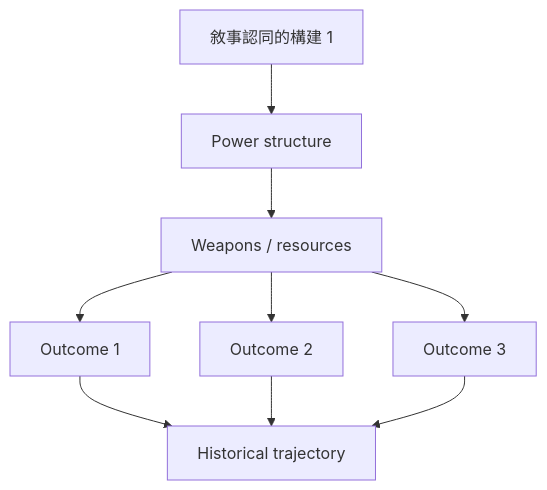
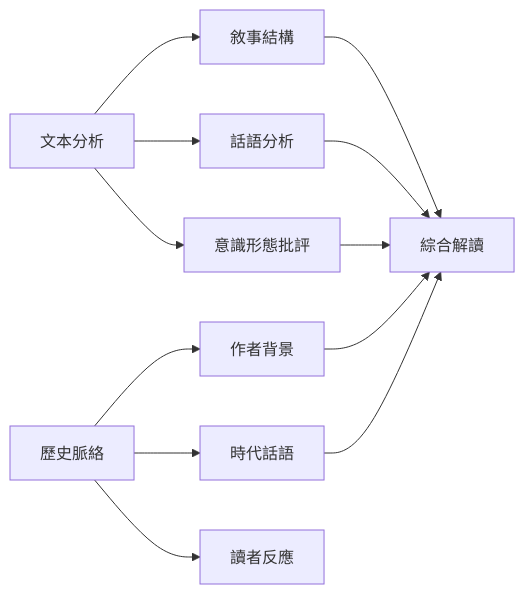
The second of 6 diagrams in 01_HKU_Courses/HIST2070_Stories_of_Self.md (yip-lgtm/HKU-Harvard-History-Self-Study), drawn with Mermaid before and after one commit. The commit also changed other lines of this file and 48 other files, not shown here.

````diff
--- a/01_HKU_Courses/HIST2070_Stories_of_Self.md
+++ b/01_HKU_Courses/HIST2070_Stories_of_Self.md
@@ -146,11 +113,16 @@
 ```mermaid
-graph TD
-    A[敘事認同的構建 1] --> B[Power structure]
-    B --> C[Weapons / resources]
-    C --> D[Outcome 1]
-    C --> E[Outcome 2]
-    C --> F[Outcome 3]
-    D --> G[Historical trajectory]
-    E --> G
-    F --> G
+flowchart LR
+    A[文本分析] --> B[敘事結構]
+    A --> C[話語分析]
+    A --> D[意識形態批評]
+    
+    E[歷史脈絡] --> F[作者背景]
+    E --> G[時代話語]
+    E --> H[讀者反應]
+    
+    B --> I[綜合解讀]
+    C --> I
+    D --> I
+    F --> I
+    G --> I
 ```
````
